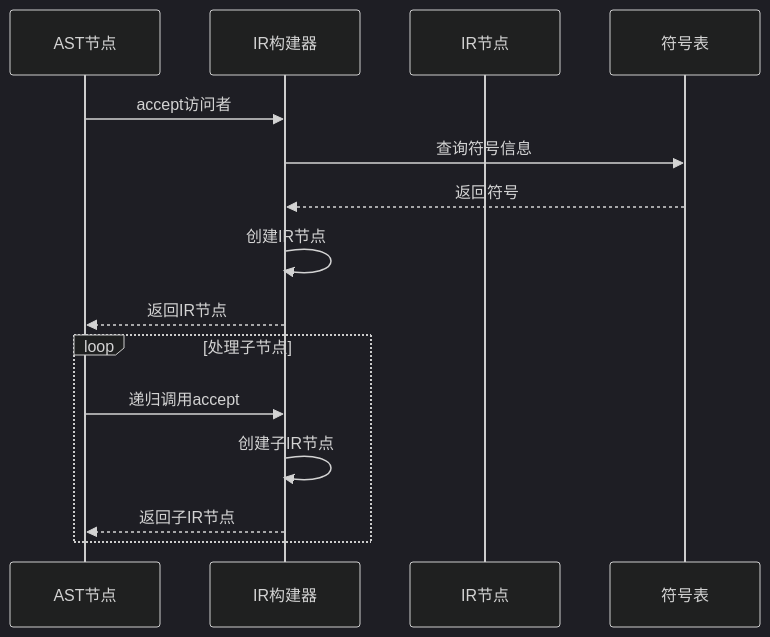
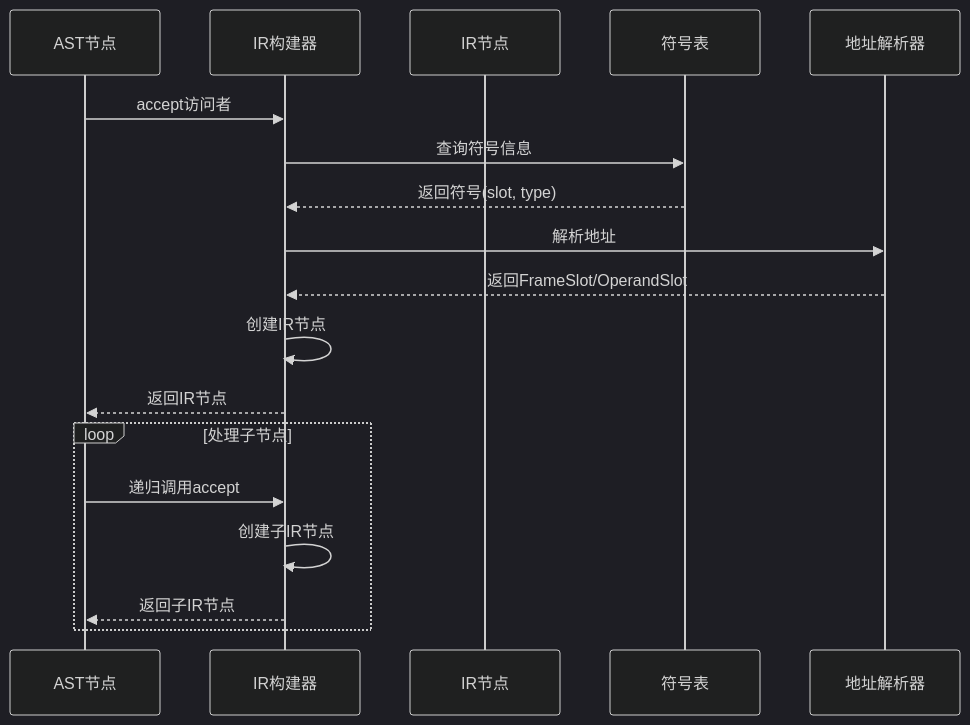
Before and after one commit to whtoo/How_to_implment_PL_in_Antlr4: the third of 9 diagrams in ep20/docs/compilation-sequence.md, drawn with Mermaid (dark theme). The commit also changed other lines of this file and 11 other files, not shown here.

First line of the commit message:
docs(README): 更新项目文档和架构图

````diff
--- a/ep20/docs/compilation-sequence.md
+++ b/ep20/docs/compilation-sequence.md
@@ -61,18 +69,21 @@
 ```mermaid
 sequenceDiagram
     participant ASTNode as AST节点
     participant IRBuilder as IR构建器
     participant IRNode as IR节点
     participant Symtab as 符号表
+    participant AddrResolver as 地址解析器
 
     ASTNode->>IRBuilder: accept访问者
     IRBuilder->>Symtab: 查询符号信息
-    Symtab-->>IRBuilder: 返回符号
+    Symtab-->>IRBuilder: 返回符号(slot, type)
+    IRBuilder->>AddrResolver: 解析地址
+    AddrResolver-->>IRBuilder: 返回FrameSlot/OperandSlot
     IRBuilder->>IRBuilder: 创建IR节点
     IRBuilder-->>ASTNode: 返回IR节点
     loop 处理子节点
         ASTNode->>IRBuilder: 递归调用accept
         IRBuilder->>IRBuilder: 创建子IR节点
         IRBuilder-->>ASTNode: 返回子IR节点
     end
 ```
````
